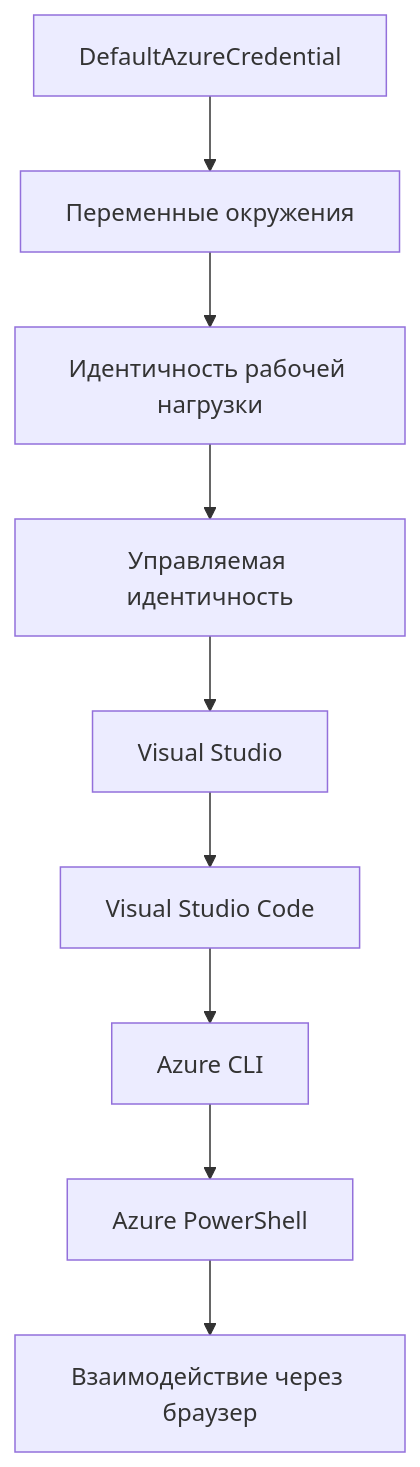
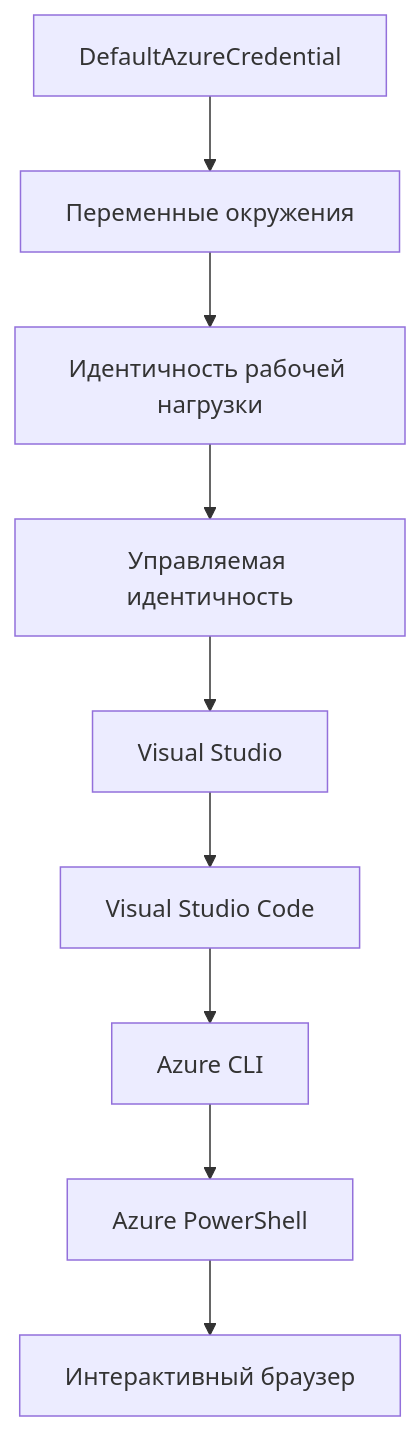
The second of 2 diagrams in translations/ru/docs/chapter-01-foundation/azd-basics.md (microsoft/AZD-for-beginners), drawn with Mermaid before and after one commit. The commit also changed other lines of this file and 101 other files, not shown here.

````diff
--- a/translations/ru/docs/chapter-01-foundation/azd-basics.md
+++ b/translations/ru/docs/chapter-01-foundation/azd-basics.md
@@ -593,11 +591,11 @@
 ```mermaid
 graph TD
     A[DefaultAzureCredential] --> B[Переменные окружения]
     B --> C[Идентичность рабочей нагрузки]
     C --> D[Управляемая идентичность]
     D --> E[Visual Studio]
     E --> F[Visual Studio Code]
     F --> G[Azure CLI]
     G --> H[Azure PowerShell]
-    H --> I[Взаимодействие через браузер]
-```  
+    H --> I[Интерактивный браузер]
+```
````
